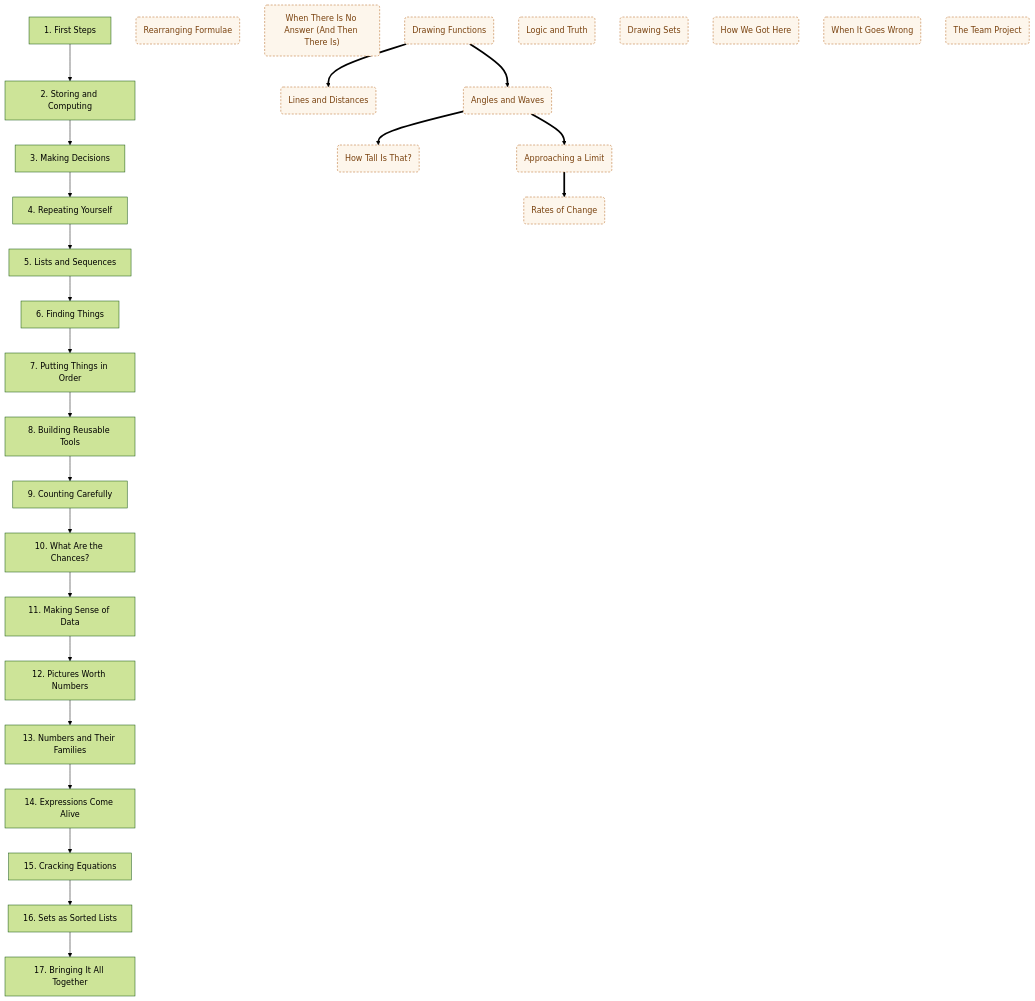
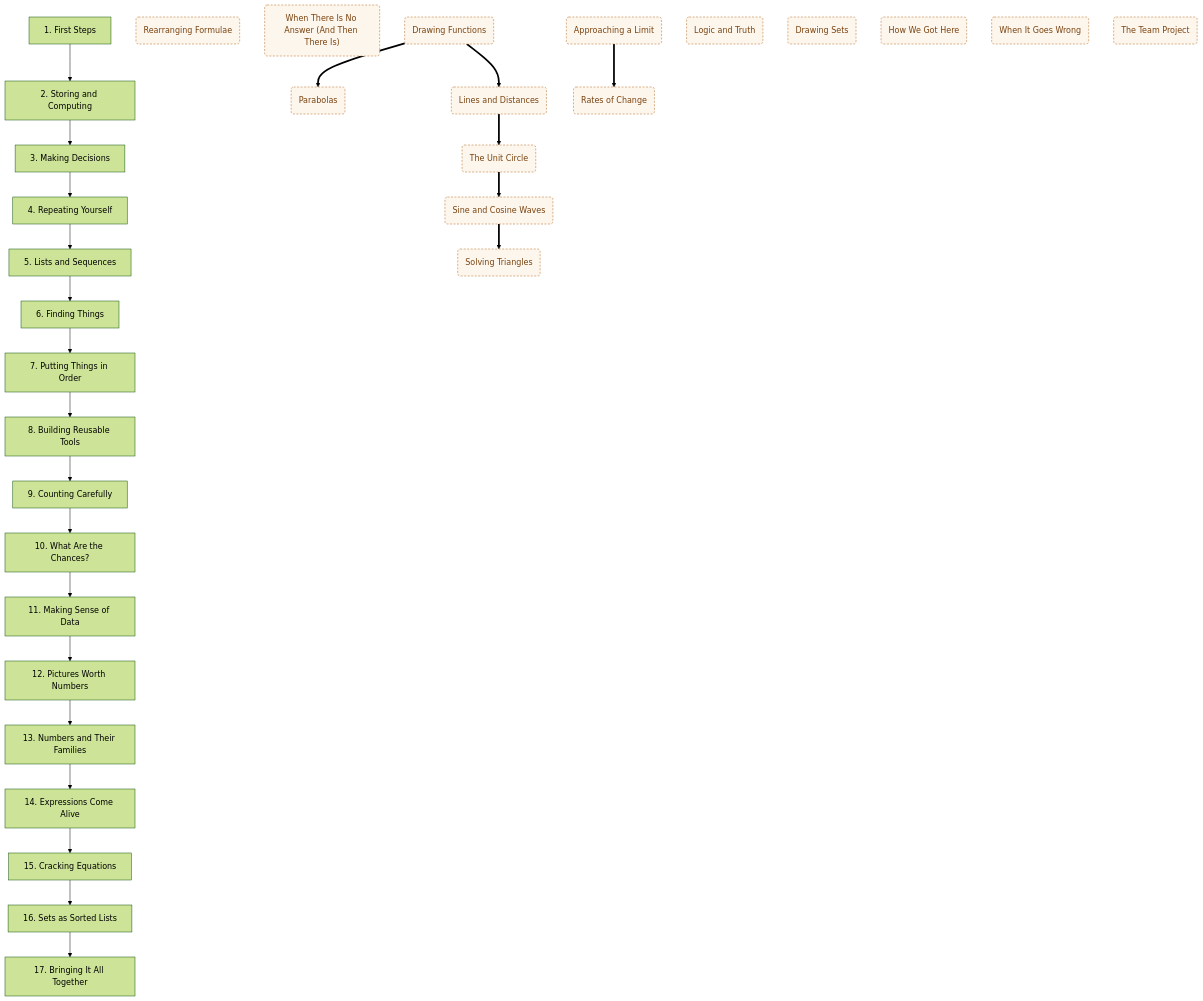
One commit to deweydex/dewlab changed the third of 3 diagrams in planning/CURRICULUM_MAP.md. Above: the diagram before and after it, drawn with Mermaid (forest theme). The commit also changed other lines of this file and 16 other files, not shown here.

````diff
--- a/planning/CURRICULUM_MAP.md
+++ b/planning/CURRICULUM_MAP.md
@@ -129,59 +128,62 @@
 ```mermaid
 graph TD
   T1["1. First Steps"]
   T2["2. Storing and Computing"]
   T3["3. Making Decisions"]
   T4["4. Repeating Yourself"]
   T5["5. Lists and Sequences"]
   T6["6. Finding Things"]
   T7["7. Putting Things in Order"]
   T8["8. Building Reusable Tools"]
   T9["9. Counting Carefully"]
   T10["10. What Are the Chances?"]
   T11["11. Making Sense of Data"]
   T12["12. Pictures Worth Numbers"]
   T13["13. Numbers and Their Families"]
   T14["14. Expressions Come Alive"]
   T15["15. Cracking Equations"]
   T16["16. Sets as Sorted Lists"]
   T17["17. Bringing It All Together"]
   N0("Rearranging Formulae")
   N1("When There Is No Answer (And Then There Is)")
   N2("Drawing Functions")
-  N3("Lines and Distances")
-  N4("How Tall Is That?")
-  N5("Angles and Waves")
-  N6("Approaching a Limit")
-  N7("Rates of Change")
-  N8("Logic and Truth")
-  N9("Drawing Sets")
-  N10("How We Got Here")
-  N11("When It Goes Wrong")
-  N12("The Team Project")
+  N3("Parabolas")
+  N4("Lines and Distances")
+  N5("The Unit Circle")
+  N6("Sine and Cosine Waves")
+  N7("Solving Triangles")
+  N8("Approaching a Limit")
+  N9("Rates of Change")
+  N10("Logic and Truth")
+  N11("Drawing Sets")
+  N12("How We Got Here")
+  N13("When It Goes Wrong")
+  N14("The Team Project")
 
   T1 --> T2
   T2 --> T3
   T3 --> T4
   T4 --> T5
   T5 --> T6
   T6 --> T7
   T7 --> T8
   T8 --> T9
   T9 --> T10
   T10 --> T11
   T11 --> T12
   T12 --> T13
   T13 --> T14
   T14 --> T15
   T15 --> T16
   T16 --> T17
 
   N2 ==> N3
-  N5 ==> N4
-  N2 ==> N5
+  N2 ==> N4
+  N4 ==> N5
   N5 ==> N6
   N6 ==> N7
+  N8 ==> N9
 
   classDef new fill:#fdf6ec,stroke:#b5651d,color:#7a4310,stroke-dasharray:4 3;
-  class N0,N1,N2,N3,N4,N5,N6,N7,N8,N9,N10,N11,N12 new;
+  class N0,N1,N2,N3,N4,N5,N6,N7,N8,N9,N10,N11,N12,N13,N14 new;
 ```
````
